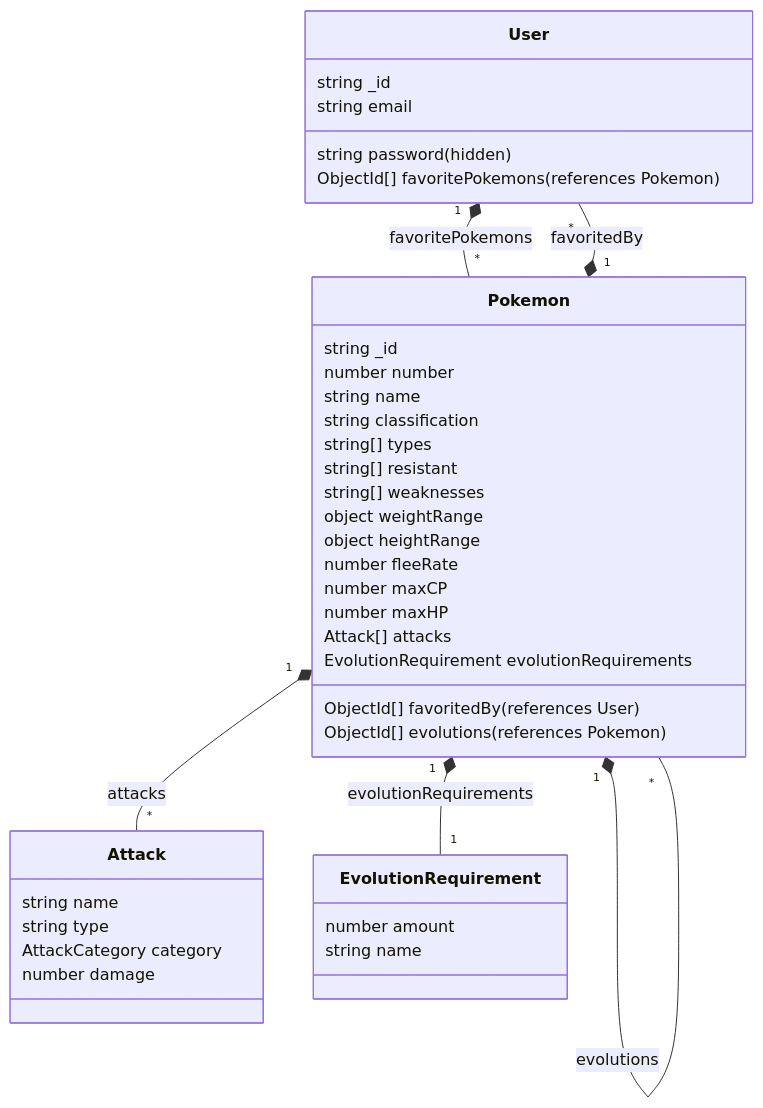
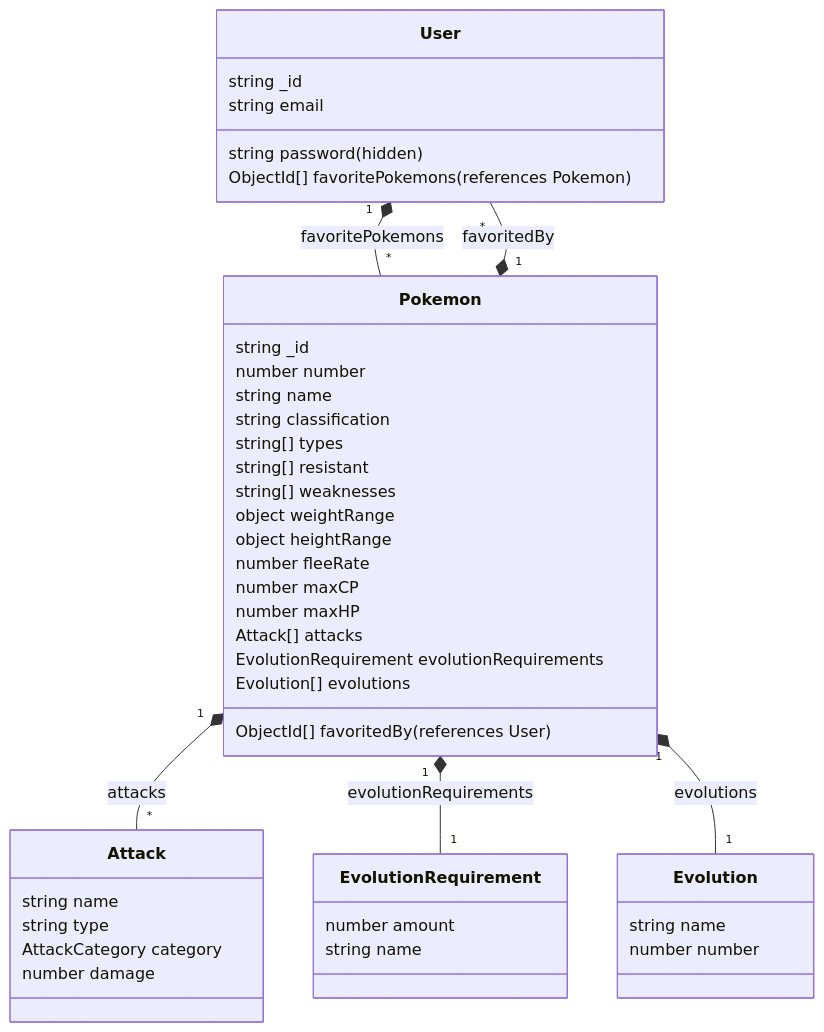
Before and after one commit to developer239/pokemon-rest-mongo: the diagram in README.md, drawn with Mermaid. The commit also changed 3 other files, not shown here.

````diff
--- a/README.md
+++ b/README.md
@@ -41,43 +41,47 @@
 ```mermaid
 classDiagram
   class User {
     string _id
     string email
     string password (hidden)
     ObjectId[] favoritePokemons (references Pokemon)
   }
   class Pokemon {
     string _id
     number number
     string name
     string classification
     string[] types
     string[] resistant
     string[] weaknesses
     object weightRange
     object heightRange
     number fleeRate
     number maxCP
     number maxHP
     ObjectId[] favoritedBy (references User)
     Attack[] attacks
     EvolutionRequirement evolutionRequirements
-    ObjectId[] evolutions (references Pokemon)
+    Evolution[] evolutions
   }
   class Attack {
     string name
     string type
     AttackCategory category
     number damage
   }
   class EvolutionRequirement {
     number amount
     string name
   }
+  class Evolution {
+    string name
+    number number
+  }
 
   User "1" *-- "*" Pokemon : favoritePokemons
   Pokemon "1" *-- "*" Attack : attacks
   Pokemon "1" *-- "1" EvolutionRequirement : evolutionRequirements
-  Pokemon "1" *-- "*" Pokemon : evolutions
+  Pokemon "1" *-- "1" Evolution : evolutions
   Pokemon "1" *-- "*" User : favoritedBy
 ```
````
